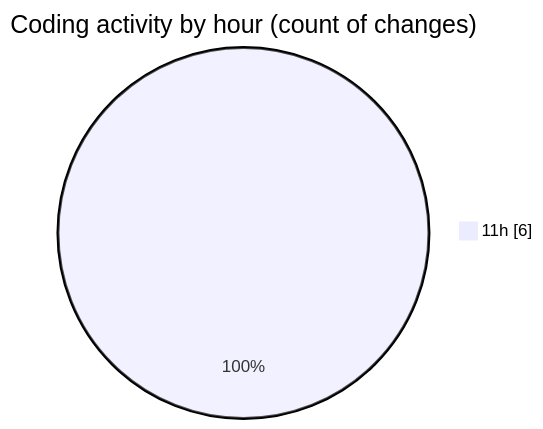
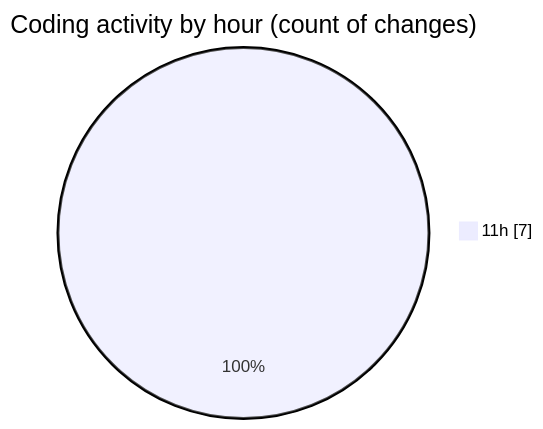
Before and after one commit to LanceThiago/code-tracking: the second of 2 diagrams in 2025-01-08/nueva_carpeta/README.md, drawn with Mermaid. The commit also changed other lines of this file and 1 other file, not shown here.

````diff
--- a/2025-01-08/nueva_carpeta/README.md
+++ b/2025-01-08/nueva_carpeta/README.md
@@ -28,5 +28,5 @@
 ```mermaid
 pie showData
 title Coding activity by hour (count of changes)
-"11h" : 6
+"11h" : 7
 ```
````
